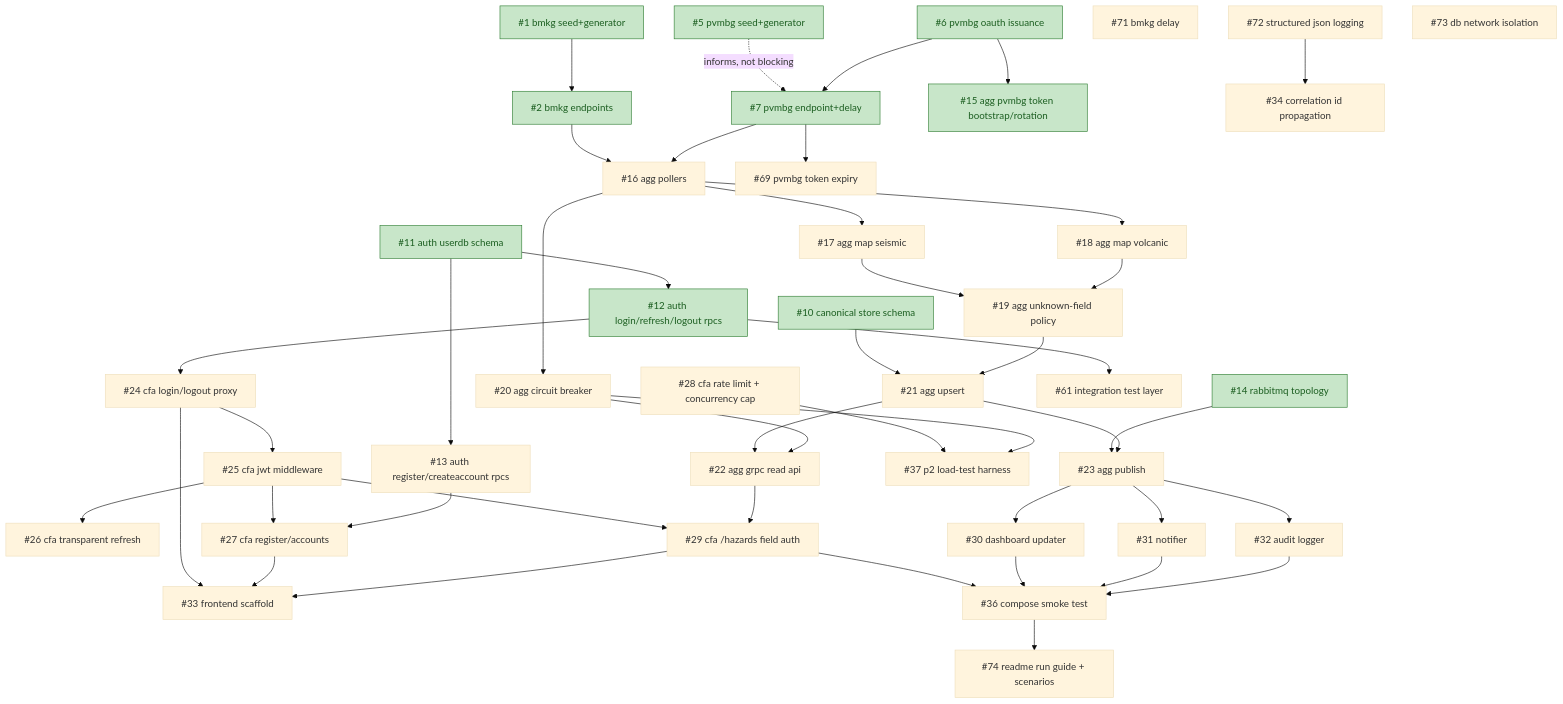
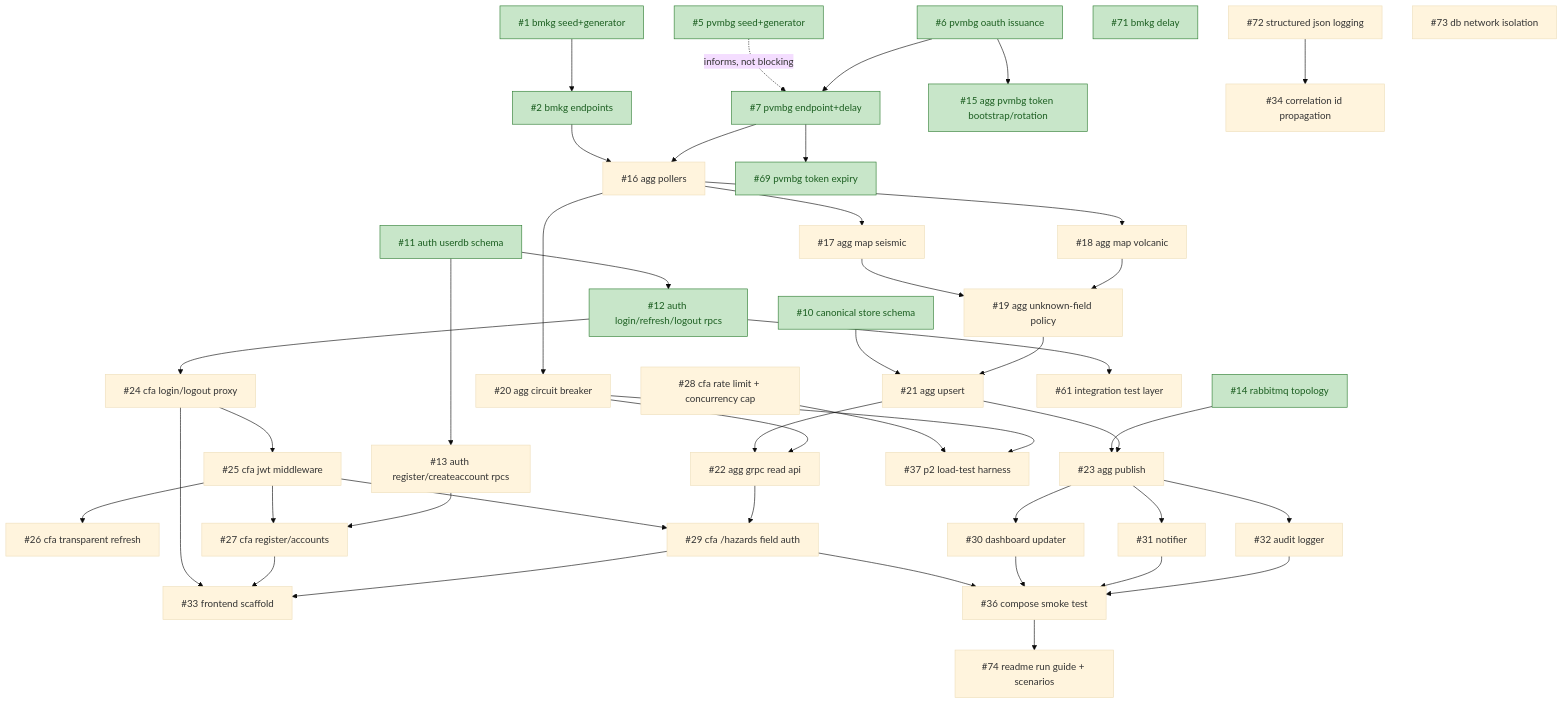
Before and after one commit to brii26/distributed-hazard-coordination: the diagram in doc/BACKLOG_DEPENDENCIES.md, drawn with Mermaid (base theme). The commit also changed other lines of this file, not shown here.

Commit message:
docs(backlog): mark #69 and #71 done

````diff
--- a/doc/BACKLOG_DEPENDENCIES.md
+++ b/doc/BACKLOG_DEPENDENCIES.md
@@ -26,61 +24,61 @@
 ```mermaid
 graph TD
   1["#1 bmkg seed+generator"] --> 2["#2 bmkg endpoints"]
   5["#5 pvmbg seed+generator"] -.->|informs, not blocking| 7
 
   6["#6 pvmbg oauth issuance"] --> 15["#15 agg pvmbg token bootstrap/rotation"]
   6 --> 7["#7 pvmbg endpoint+delay"]
   7 --> 69["#69 pvmbg token expiry"]
 
   2 --> 16["#16 agg pollers"]
   7 --> 16
   16 --> 17["#17 agg map seismic"]
   16 --> 18["#18 agg map volcanic"]
   16 --> 20["#20 agg circuit breaker"]
   17 --> 19["#19 agg unknown-field policy"]
   18 --> 19
 
   10["#10 canonical store schema"] --> 21["#21 agg upsert"]
   19 --> 21
   21 --> 22["#22 agg grpc read api"]
   20 --> 22
 
   14["#14 rabbitmq topology"] --> 23["#23 agg publish"]
   21 --> 23
 
   11["#11 auth userdb schema"] --> 12["#12 auth login/refresh/logout rpcs"]
   11 --> 13["#13 auth register/createaccount rpcs"]
 
   12 --> 24["#24 cfa login/logout proxy"]
   12 --> 61["#61 integration test layer"]
   24 --> 25["#25 cfa jwt middleware"]
   25 --> 26["#26 cfa transparent refresh"]
   25 --> 27["#27 cfa register/accounts"]
   13 --> 27
   25 --> 29["#29 cfa /hazards field auth"]
   22 --> 29
 
   23 --> 30["#30 dashboard updater"]
   23 --> 31["#31 notifier"]
   23 --> 32["#32 audit logger"]
 
   24 --> 33["#33 frontend scaffold"]
   27 --> 33
   29 --> 33
 
   29 --> 36["#36 compose smoke test"]
   30 --> 36
   31 --> 36
   32 --> 36
 
   28["#28 cfa rate limit + concurrency cap"] --> 37["#37 p2 load-test harness"]
   20 --> 37
 
   72["#72 structured json logging"] --> 34["#34 correlation id propagation"]
   36 --> 74["#74 readme run guide + scenarios"]
   71["#71 bmkg delay"]
   73["#73 db network isolation"]
 
   classDef done fill:#c8e6c9,stroke:#2e7d32,color:#1b5e20
-  class 1,2,5,6,7,10,11,12,14,15 done
+  class 1,2,5,6,7,10,11,12,14,15,69,71 done
 ```
````
